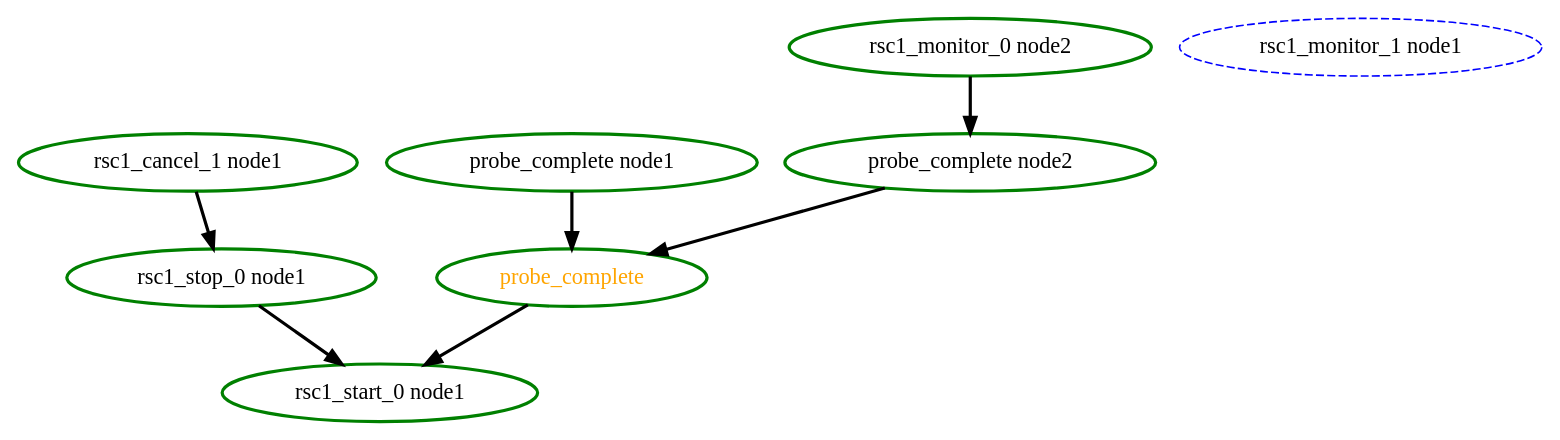
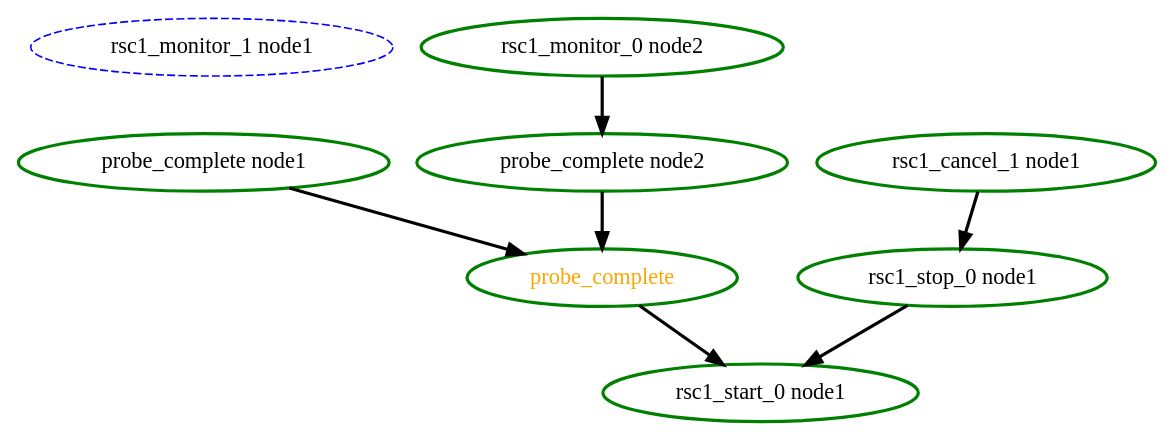
The diagram in crm/pengine/testcases/rec-rsc-2.dot (richiewen8/heartbeat), drawn with Graphviz before and after one commit. The commit also changed other lines of this file and 42 other files, not shown here.

```diff
--- a/crm/pengine/testcases/rec-rsc-2.dot
+++ b/crm/pengine/testcases/rec-rsc-2.dot
@@ -1,17 +1,17 @@
 digraph "g" {
 	size = "30,30"
-"rsc1_cancel_1 node1" [ style=bold color="green" fontcolor="black" ]
 "rsc1_monitor_1 node1" [ style="dashed" color="blue" fontcolor="black" ]
 "rsc1_stop_0 node1" [ style=bold color="green" fontcolor="black" ]
 "probe_complete" [ style=bold color="green" fontcolor="orange" ]
 "probe_complete node1" [ style=bold color="green" fontcolor="black" ]
 "probe_complete node2" [ style=bold color="green" fontcolor="black" ]
 "rsc1_monitor_0 node2" [ style=bold color="green" fontcolor="black" ]
+"rsc1_cancel_1 node1" [ style=bold color="green" fontcolor="black" ]
 "rsc1_start_0 node1" [ style=bold color="green" fontcolor="black" ]
 "rsc1_cancel_1 node1" -> "rsc1_stop_0 node1" [ style = bold]
 "probe_complete node1" -> "probe_complete" [ style = bold]
 "probe_complete node2" -> "probe_complete" [ style = bold]
 "rsc1_monitor_0 node2" -> "probe_complete node2" [ style = bold]
 "rsc1_stop_0 node1" -> "rsc1_start_0 node1" [ style = bold]
 "probe_complete" -> "rsc1_start_0 node1" [ style = bold]
 }
```
